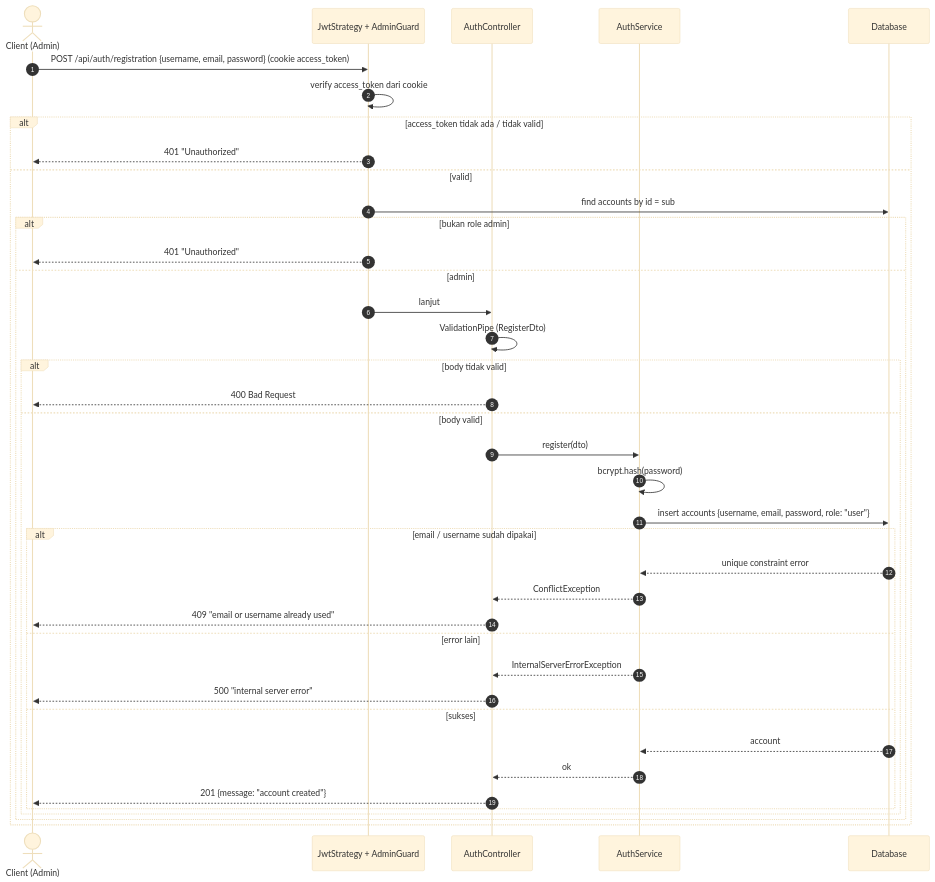
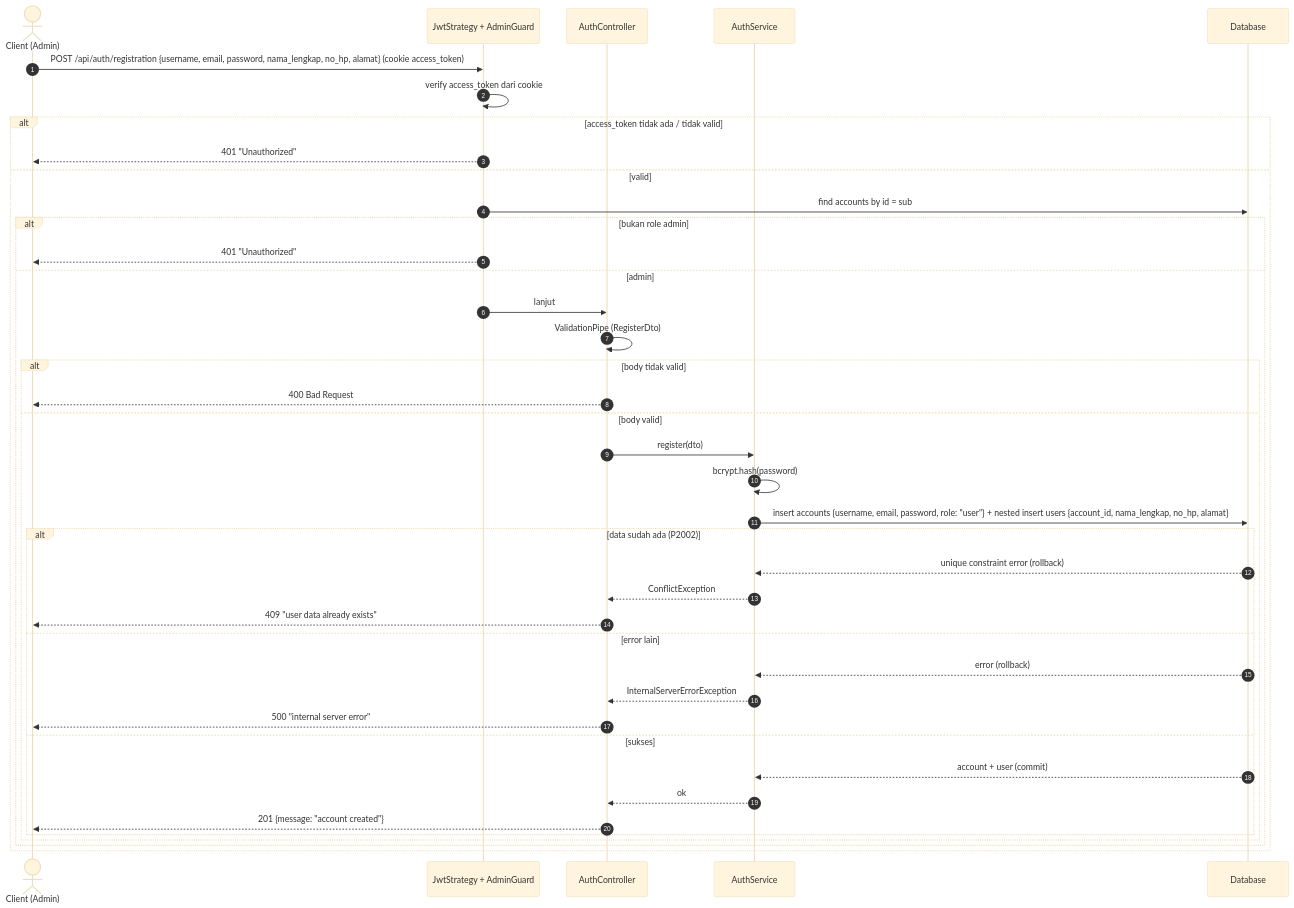
One commit to dimstyle/ruang-baca changed the diagram in docs/uml/src/diagrams/list-diagrams/sequence-register.mmd. Above: the diagram before and after it, drawn with Mermaid (base theme). The commit also changed 5 other files, not shown here.

Commit message:
docs(uml): update use-case and sequence diagrams for registration and denda

```diff
--- a/docs/uml/src/diagrams/list-diagrams/sequence-register.mmd
+++ b/docs/uml/src/diagrams/list-diagrams/sequence-register.mmd
@@ -1,40 +1,41 @@
 sequenceDiagram
     autonumber
     actor C as Client (Admin)
     participant G as JwtStrategy + AdminGuard
     participant AC as AuthController
     participant AS as AuthService
     participant DB as Database
 
-    C->>G: POST /api/auth/registration {username, email, password} (cookie access_token)
+    C->>G: POST /api/auth/registration {username, email, password, nama_lengkap, no_hp, alamat} (cookie access_token)
     G->>G: verify access_token dari cookie
     alt access_token tidak ada / tidak valid
         G-->>C: 401 "Unauthorized"
     else valid
         G->>DB: find accounts by id = sub
         alt bukan role admin
             G-->>C: 401 "Unauthorized"
         else admin
             G->>AC: lanjut
             AC->>AC: ValidationPipe (RegisterDto)
             alt body tidak valid
                 AC-->>C: 400 Bad Request
             else body valid
                 AC->>AS: register(dto)
                 AS->>AS: bcrypt.hash(password)
-                AS->>DB: insert accounts {username, email, password, role: "user"}
-                alt email / username sudah dipakai
-                    DB-->>AS: unique constraint error
+                AS->>DB: insert accounts {username, email, password, role: "user"} + nested insert users {account_id, nama_lengkap, no_hp, alamat}
+                alt data sudah ada (P2002)
+                    DB-->>AS: unique constraint error (rollback)
                     AS-->>AC: ConflictException
-                    AC-->>C: 409 "email or username already used"
+                    AC-->>C: 409 "user data already exists"
                 else error lain
+                    DB-->>AS: error (rollback)
                     AS-->>AC: InternalServerErrorException
                     AC-->>C: 500 "internal server error"
                 else sukses
-                    DB-->>AS: account
+                    DB-->>AS: account + user (commit)
                     AS-->>AC: ok
                     AC-->>C: 201 {message: "account created"}
                 end
             end
         end
     end
```
